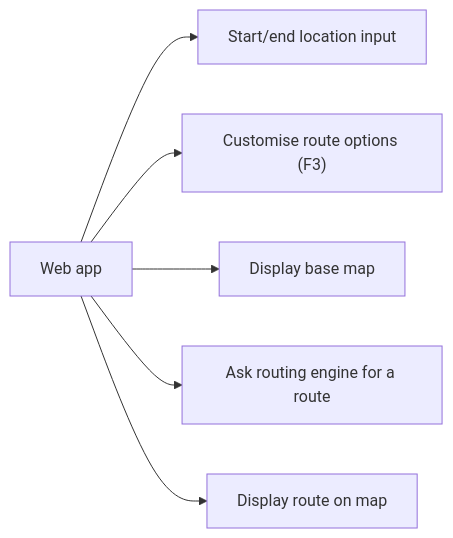
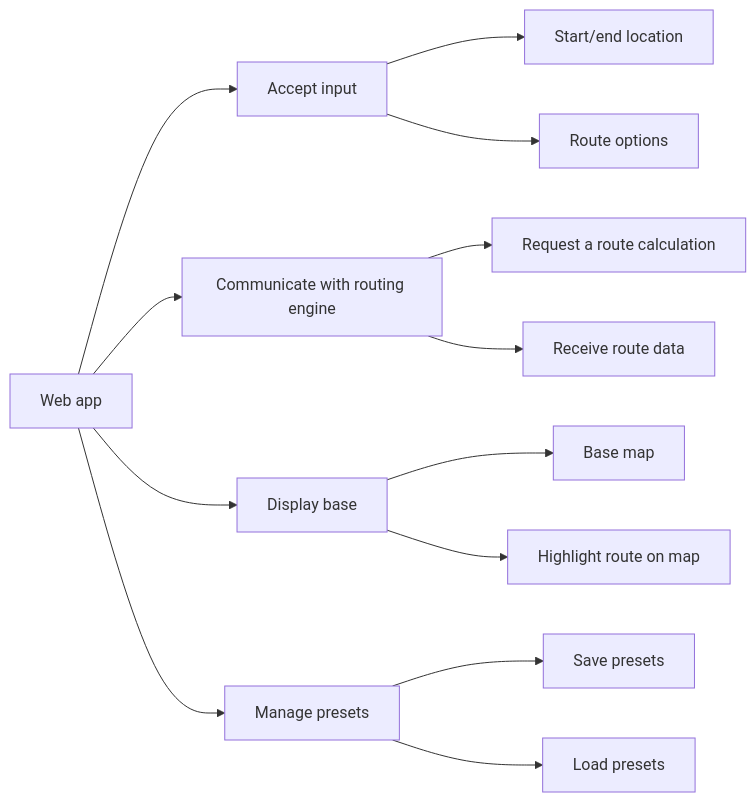
Before and after one commit to RandomSearch18/a-level-project: the diagram in docs/readme.md, drawn with Mermaid. The commit also changed other lines of this file, not shown here.

Commit message:
Web app structure: Add an extra level of complexity to the diagram

````diff
--- a/docs/readme.md
+++ b/docs/readme.md
@@ -820,10 +820,16 @@
 ```mermaid
 graph LR
   A[Web app]
-  A --> B["`Start/end location input`"]
-  A --> C["`Customise route options (F3)`"]
-  click C "#f3-fields-to-set-the-available-options"
-  A --> D[Display base map]
-  A --> E[Ask routing engine for a route]
-  A --> F[Display route on map]
+  A --> B[Accept input]
+    B --> BA[Start/end location]
+    B --> BB[Route options]
+  A --> C[Communicate with routing engine]
+    C --> CA[Request a route calculation]
+    C --> CB[Receive route data]
+  A --> D[Display base]
+    D --> DA[Base map]
+    D --> DB[Highlight route on map]
+  A --> E[Manage presets]
+    E --> EA[Save presets]
+    E --> EB[Load presets]
 ```
````
